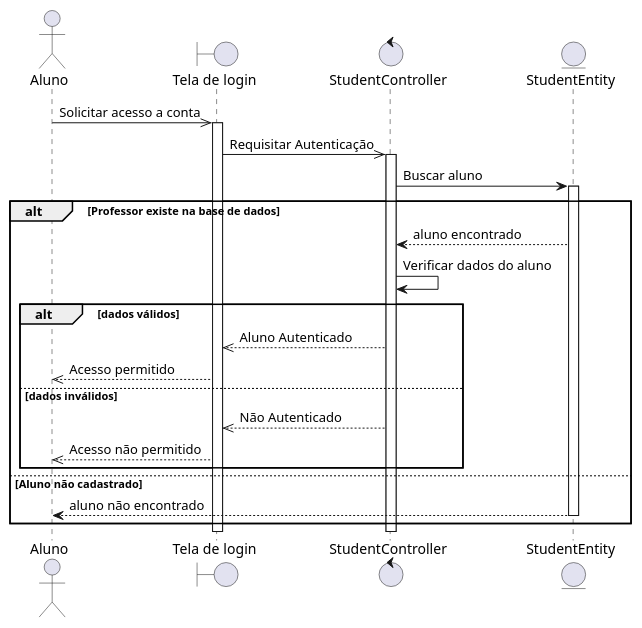
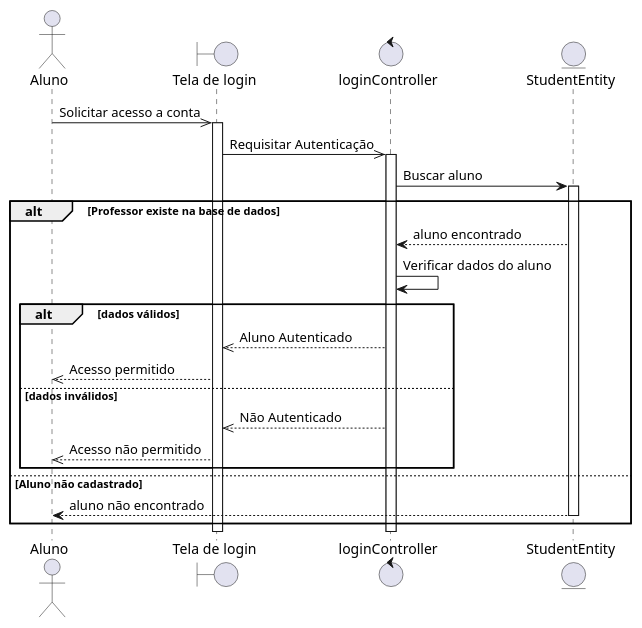
The diagram in sequence/autenticacao/student.login.seq.wsd (rodrigoRolim/AC-backend), drawn with PlantUML before and after one commit. The commit also changed 25 other files, not shown here.

Commit message:
added more diagrams

```diff
--- a/sequence/autenticacao/student.login.seq.wsd
+++ b/sequence/autenticacao/student.login.seq.wsd
@@ -1,34 +1,34 @@
 @startuml
 actor Aluno
 boundary "Tela de login" as login
-control  StudentController
+control  loginController
 entity StudentEntity
 
 Aluno ->> login: Solicitar acesso a conta
 activate login
-login ->> StudentController: Requisitar Autenticação
-activate StudentController
+login ->> loginController: Requisitar Autenticação
+activate loginController
 
-StudentController -> StudentEntity: Buscar aluno
+loginController -> StudentEntity: Buscar aluno
     activate StudentEntity
     alt Professor existe na base de dados
         
-        StudentEntity --> StudentController: aluno encontrado
-        'deactivate StudentController
-         StudentController -> StudentController: Verificar dados do aluno
+        StudentEntity --> loginController: aluno encontrado
+        'deactivate loginController
+         loginController -> loginController: Verificar dados do aluno
         alt dados válidos
-            StudentController -->> login: Aluno Autenticado
+            loginController -->> login: Aluno Autenticado
             login -->> Aluno: Acesso permitido 
         else dados inválidos
             
-            login <<-- StudentController: Não Autenticado
+            login <<-- loginController: Não Autenticado
             login -->> Aluno: Acesso não permitido
         end
        
     else Aluno não cadastrado
         
         StudentEntity --> Aluno: aluno não encontrado
         deactivate StudentEntity
 end
 
 @enduml
```
